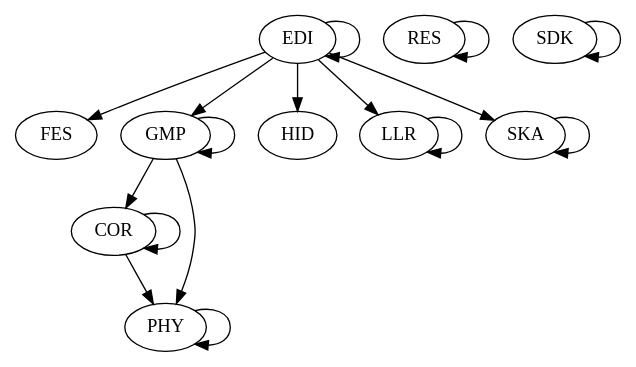
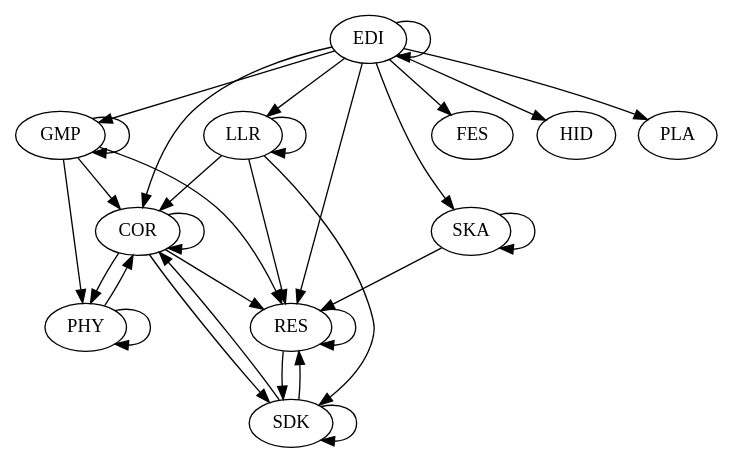
The diagram in 6_architectural_map_gen/outputs/piccolo.dot (gamedev-studies/game-engine-analyser), drawn with Graphviz before and after one commit. The commit also changed 10 other files, not shown here.

```diff
--- a/6_architectural_map_gen/outputs/piccolo.dot
+++ b/6_architectural_map_gen/outputs/piccolo.dot
@@ -1,18 +1,32 @@
 digraph "source tree" {
 	"COR" -> "COR"
 	"COR" -> "PHY"
+	"COR" -> "RES"
+	"COR" -> "SDK"
+	"EDI" -> "COR"
 	"EDI" -> "EDI"
 	"EDI" -> "FES"
 	"EDI" -> "GMP"
 	"EDI" -> "HID"
 	"EDI" -> "LLR"
+	"EDI" -> "PLA"
+	"EDI" -> "RES"
 	"EDI" -> "SKA"
 	"GMP" -> "COR"
 	"GMP" -> "GMP"
 	"GMP" -> "PHY"
+	"GMP" -> "RES"
+	"LLR" -> "COR"
 	"LLR" -> "LLR"
+	"LLR" -> "RES"
+	"LLR" -> "SDK"
+	"PHY" -> "COR"
 	"PHY" -> "PHY"
 	"RES" -> "RES"
+	"RES" -> "SDK"
+	"SDK" -> "COR"
+	"SDK" -> "RES"
 	"SDK" -> "SDK"
+	"SKA" -> "RES"
 	"SKA" -> "SKA"
 }
```
